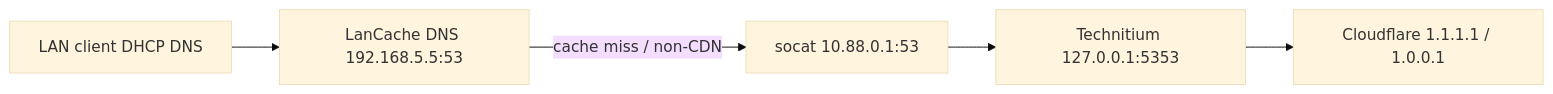
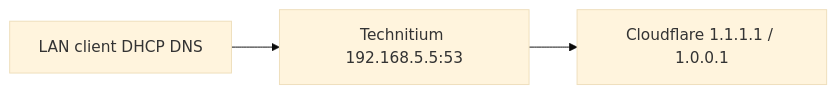
The diagram in docs/dns-ace.md (PrestonHager/nixos-configs), drawn with Mermaid (base theme) before and after one commit. The commit also changed other lines of this file and 24 other files, not shown here.

First line of the commit message:
Disable LanCache, make Technitium primary DNS, and align docs with current homelab naming.

````diff
--- a/docs/dns-ace.md
+++ b/docs/dns-ace.md
@@ -7,11 +9,8 @@
 ```mermaid
 flowchart LR
   Client["LAN client DHCP DNS"]
-  LC["LanCache DNS 192.168.5.5:53"]
-  Tech["Technitium 127.0.0.1:5353"]
+  Tech["Technitium 192.168.5.5:53"]
   CF["Cloudflare 1.1.1.1 / 1.0.0.1"]
-  Client --> LC
-  LC -->|"cache miss / non-CDN"| Relay["socat 10.88.0.1:53"]
-  Relay --> Tech
+  Client --> Tech
   Tech --> CF
 ```
````
